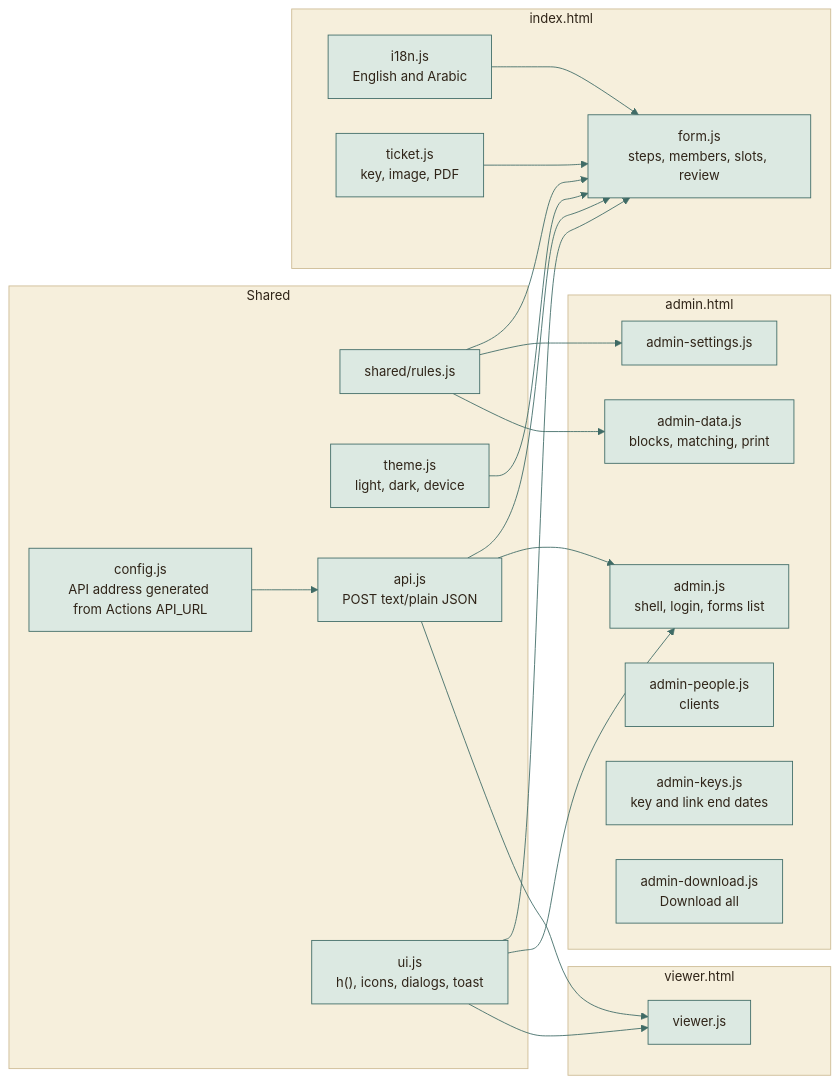
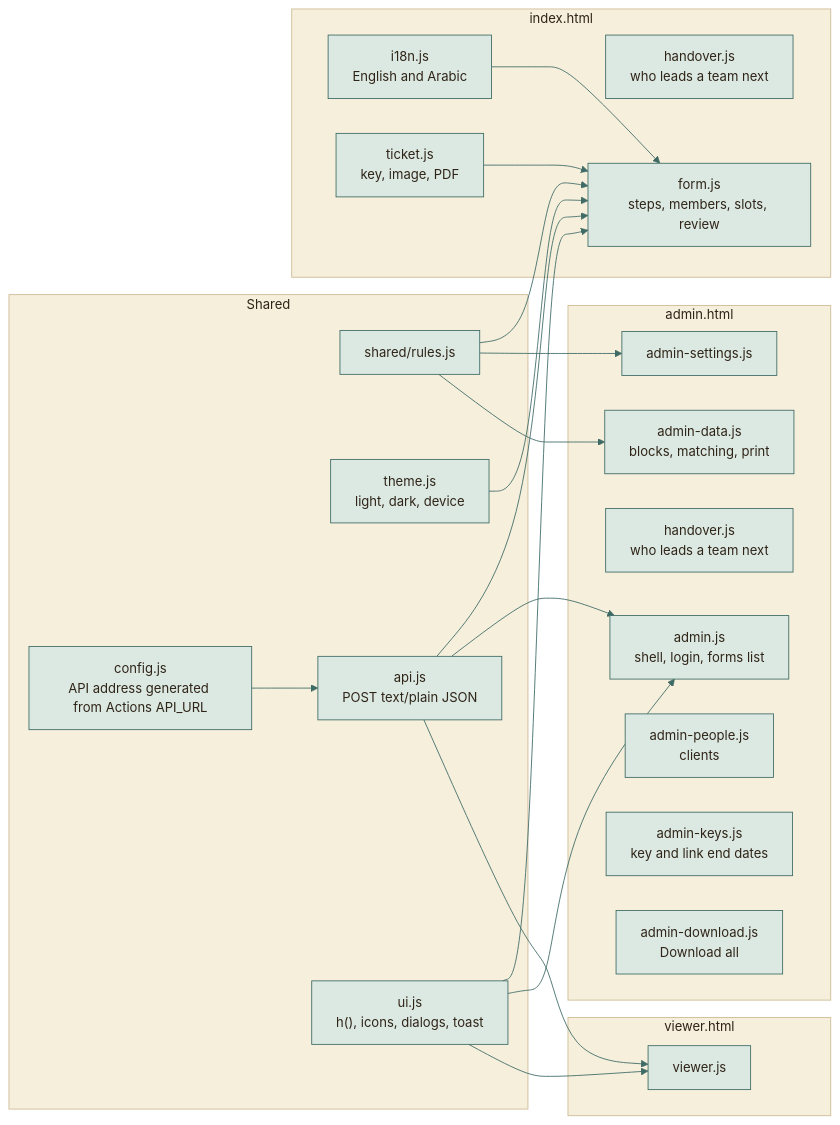
The tenth of 12 diagrams in docs/architecture/ARCHITECTURE.md (moyeh04/forms-platform), drawn with Mermaid before and after one commit. The commit also changed other lines of this file and 6 other files, not shown here.

First line of the commit message:
feat(ui): Draw the question of who leads a team next as one control

````diff
--- a/docs/architecture/ARCHITECTURE.md
+++ b/docs/architecture/ARCHITECTURE.md
@@ -655,67 +655,69 @@
 ```mermaid
 %%{init: {
   'theme': 'base',
   'themeVariables': {
     'fontFamily': 'ui-sans-serif, system-ui, -apple-system, Segoe UI, Roboto, sans-serif',
     'fontSize': '15px',
     'primaryColor': '#DCE9E2', 'primaryBorderColor': '#3F6B66', 'primaryTextColor': '#2F2418',
     'secondaryColor': '#F0E4C8', 'secondaryBorderColor': '#C9A24A', 'secondaryTextColor': '#2F2418',
     'tertiaryColor': '#F6EFDC', 'tertiaryBorderColor': '#CDBB94', 'tertiaryTextColor': '#2F2418',
     'lineColor': '#3F6B66', 'textColor': '#2F2418', 'mainBkg': '#DCE9E2', 'nodeBorder': '#3F6B66',
     'clusterBkg': '#F6EFDC', 'clusterBorder': '#CDBB94', 'titleColor': '#2F2418',
     'edgeLabelBackground': '#F8F1DD',
     'actorBkg': '#DCE9E2', 'actorBorder': '#3F6B66', 'actorTextColor': '#2F2418', 'actorLineColor': '#8FB3AB',
     'signalColor': '#477A73', 'signalTextColor': '#477A73',
     'labelBoxBkgColor': '#F0E4C8', 'labelBoxBorderColor': '#C9A24A', 'labelTextColor': '#2F2418', 'loopTextColor': '#6A5A44',
     'noteBkgColor': '#FBEFC9', 'noteBorderColor': '#C9A24A', 'noteTextColor': '#2F2418',
     'activationBkgColor': '#DCE9E2', 'activationBorderColor': '#3F6B66', 'sequenceNumberColor': '#F8F1DD',
     'transitionColor': '#3F6B66', 'stateLabelColor': '#2F2418', 'stateBkg': '#DCE9E2', 'altBackground': '#F6EFDC',
     'attributeBackgroundColorOdd': '#F8F1DD', 'attributeBackgroundColorEven': '#F0E4C8'
   },
   'flowchart': {'curve': 'basis', 'padding': 14, 'nodeSpacing': 40, 'rankSpacing': 46},
   'sequence': {'mirrorActors': false, 'messageMargin': 34, 'boxMargin': 8}
 }}%%
 flowchart LR
     subgraph shared["Shared"]
         cfg["config.js<br/>API address generated from Actions API_URL"]
         rl["shared/rules.js"]
         th["theme.js<br/>light, dark, device"]
         api["api.js<br/>POST text/plain JSON"]
         ui["ui.js<br/>h(), icons, dialogs, toast"]
     end
     subgraph student["index.html"]
         i18n["i18n.js<br/>English and Arabic"]
         tk["ticket.js<br/>key, image, PDF"]
+        h1["handover.js<br/>who leads a team next"]
         fm["form.js<br/>steps, members, slots, review"]
     end
     subgraph adminp["admin.html"]
         a1["admin.js<br/>shell, login, forms list"]
         a2["admin-settings.js"]
+        h2["handover.js<br/>who leads a team next"]
         a3["admin-data.js<br/>blocks, matching, print"]
         a4["admin-people.js<br/>clients"]
         a5["admin-keys.js<br/>key and link end dates"]
         a6["admin-download.js<br/>Download all"]
     end
     subgraph viewerp["viewer.html"]
         v1["viewer.js"]
     end
     cfg --> api
     api --> fm
     api --> a1
     api --> v1
     rl --> fm
     rl --> a2
     rl --> a3
     ui --> fm
     ui --> a1
     ui --> v1
     th --> fm
     i18n --> fm
     tk --> fm
     classDef cDb fill:#F3E2B3,stroke:#B8892D,stroke-width:1.5px,color:#2F2418
     classDef cActor fill:#F4D9D3,stroke:#9A3328,stroke-width:1.5px,color:#2F2418
     classDef cDec fill:#FBEFC9,stroke:#C9A24A,stroke-width:1.5px,color:#2F2418
     classDef cEnd fill:#2F2418,stroke:#2F2418,color:#F8F1DD
     classDef cErr fill:#F6D5CF,stroke:#A12B1F,stroke-width:1.5px,color:#5A140C
     classDef cOk fill:#BFD9CF,stroke:#2E5A55,stroke-width:1.5px,color:#17302D
 ```
````
